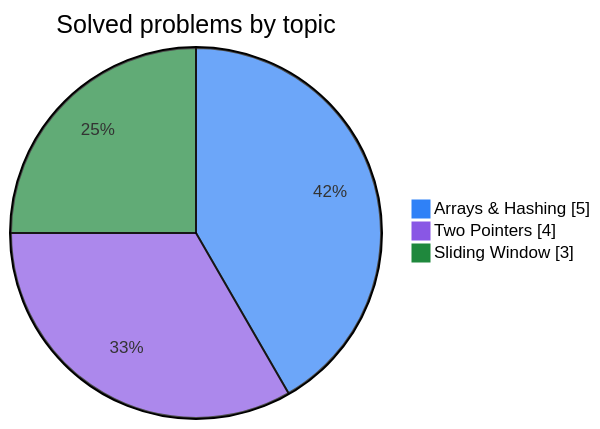
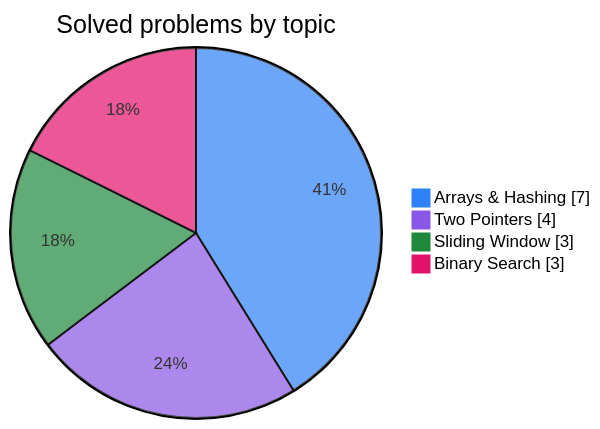
The first of 2 diagrams in README.md (sombreror/leetcode), drawn with Mermaid before and after one commit. The commit also changed other lines of this file, not shown here.

````diff
--- a/README.md
+++ b/README.md
@@ -40,7 +40,8 @@
 ```mermaid
-%%{init: {"themeVariables": {"pie1": "#2f81f7", "pie2": "#8957e5", "pie3": "#1f883d", "pieOuterStrokeWidth": "2px"}}}%%
+%%{init: {"themeVariables": {"pie1": "#2f81f7", "pie2": "#8957e5", "pie3": "#1f883d", "pie4": "#e3116c", "pieOuterStrokeWidth": "2px"}}}%%
 pie showData title Solved problems by topic
-    "Arrays & Hashing" : 5
+    "Arrays & Hashing" : 7
     "Two Pointers" : 4
     "Sliding Window" : 3
+    "Binary Search" : 3
 ```
````
